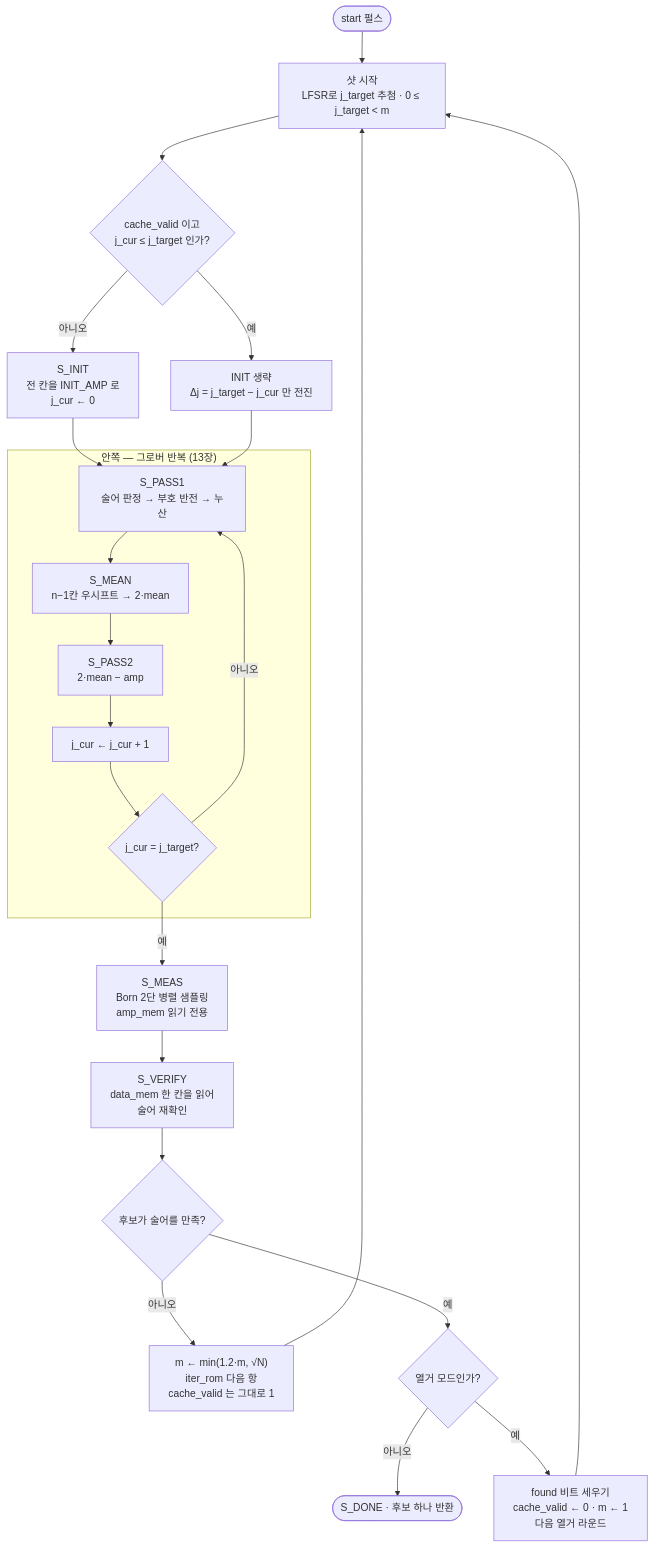
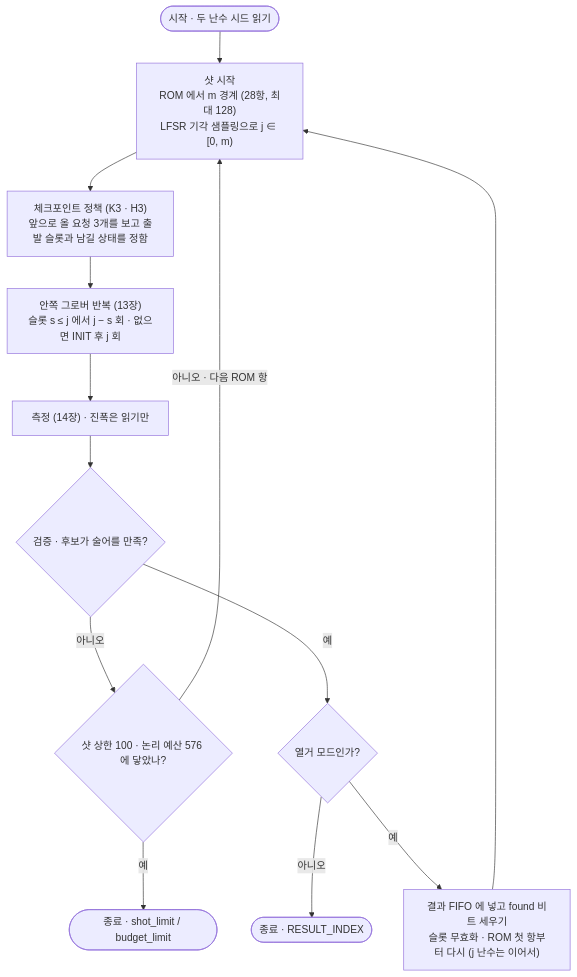
One commit to Git-Junsang/Quantum-Grover changed the diagram in documents/study_references/diagrams/src/16_shot_loop.mmd. Above: the diagram before and after it, drawn with Mermaid. The commit also changed 49 other files, not shown here.

```diff
--- a/documents/study_references/diagrams/src/16_shot_loop.mmd
+++ b/documents/study_references/diagrams/src/16_shot_loop.mmd
@@ -1,23 +1,13 @@
 flowchart TD
-    START([start 펄스]) --> SHOT["샷 시작<br/>LFSR로 j_target 추첨 · 0 ≤ j_target < m"]
-    SHOT --> CACHE{"cache_valid 이고<br/>j_cur ≤ j_target 인가?"}
-    CACHE -->|아니오| INIT["S_INIT<br/>전 칸을 INIT_AMP 로<br/>j_cur ← 0"]
-    CACHE -->|예| SKIP["INIT 생략<br/>Δj = j_target − j_cur 만 전진"]
-    INIT --> ORACLE
-    SKIP --> ORACLE
-    subgraph INNER["안쪽 — 그로버 반복 (13장)"]
-        ORACLE["S_PASS1<br/>술어 판정 → 부호 반전 → 누산"] --> MEANST["S_MEAN<br/>n−1칸 우시프트 → 2·mean"]
-        MEANST --> DIFF["S_PASS2<br/>2·mean − amp"]
-        DIFF --> BUMP["j_cur ← j_cur + 1"]
-        BUMP --> ICHK{"j_cur = j_target?"}
-        ICHK -->|아니오| ORACLE
-    end
-    ICHK -->|예| MEAS["S_MEAS<br/>Born 2단 병렬 샘플링<br/>amp_mem 읽기 전용"]
-    MEAS --> VER["S_VERIFY<br/>data_mem 한 칸을 읽어<br/>술어 재확인"]
-    VER --> OK{"후보가 술어를 만족?"}
-    OK -->|아니오| GROW["m ← min(1.2·m, √N)<br/>iter_rom 다음 항<br/>cache_valid 는 그대로 1"]
-    GROW --> SHOT
+    START([시작 · 두 난수 시드 읽기]) --> SHOT["샷 시작<br/>ROM 에서 m 경계 (28항, 최대 128)<br/>LFSR 기각 샘플링으로 j ∈ [0, m)"]
+    SHOT --> POL["체크포인트 정책 (K3 · H3)<br/>앞으로 올 요청 3개를 보고 출발 슬롯과 남길 상태를 정함"]
+    POL --> INNER["안쪽 그로버 반복 (13장)<br/>슬롯 s ≤ j 에서 j − s 회 · 없으면 INIT 후 j 회"]
+    INNER --> MEAS["측정 (14장) · 진폭은 읽기만"]
+    MEAS --> OK{"검증 · 후보가 술어를 만족?"}
+    OK -->|아니오| LIM{"샷 상한 100 · 논리 예산 576 에 닿았나?"}
+    LIM -->|아니오 · 다음 ROM 항| SHOT
+    LIM -->|예| STOP([종료 · shot_limit / budget_limit])
     OK -->|예| EN{"열거 모드인가?"}
-    EN -->|아니오| DONE([S_DONE · 후보 하나 반환])
-    EN -->|예| MASK["found 비트 세우기<br/>cache_valid ← 0 · m ← 1<br/>다음 열거 라운드"]
-    MASK --> SHOT
+    EN -->|아니오| DONE([종료 · RESULT_INDEX])
+    EN -->|예| NEXT["결과 FIFO 에 넣고 found 비트 세우기<br/>슬롯 무효화 · ROM 첫 항부터 다시 (j 난수는 이어서)"]
+    NEXT --> SHOT
```
